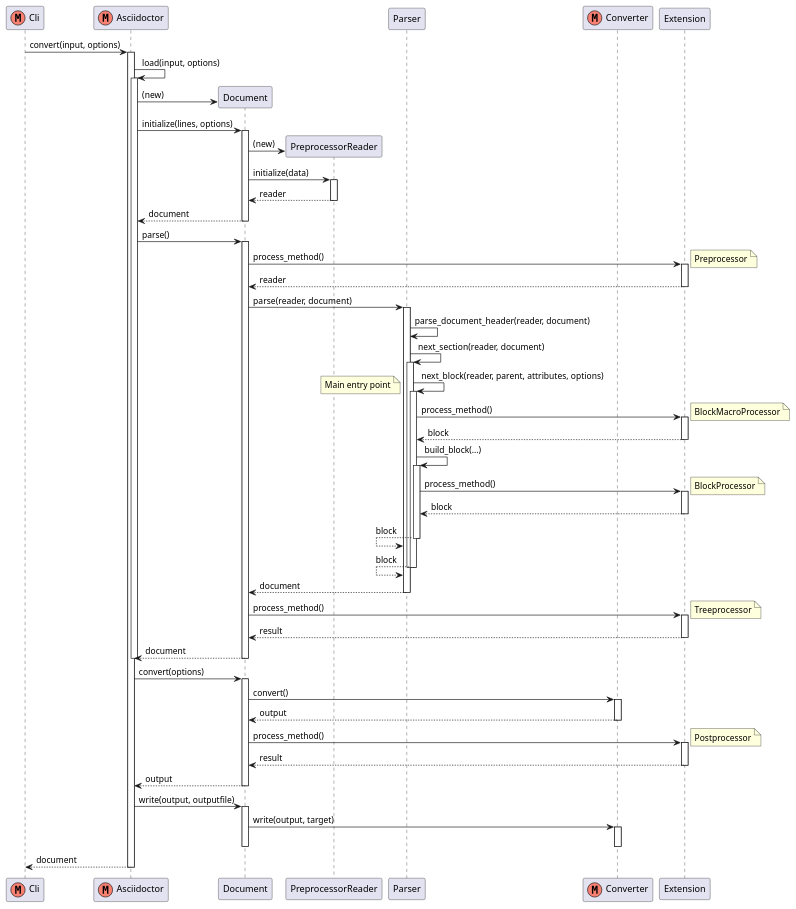
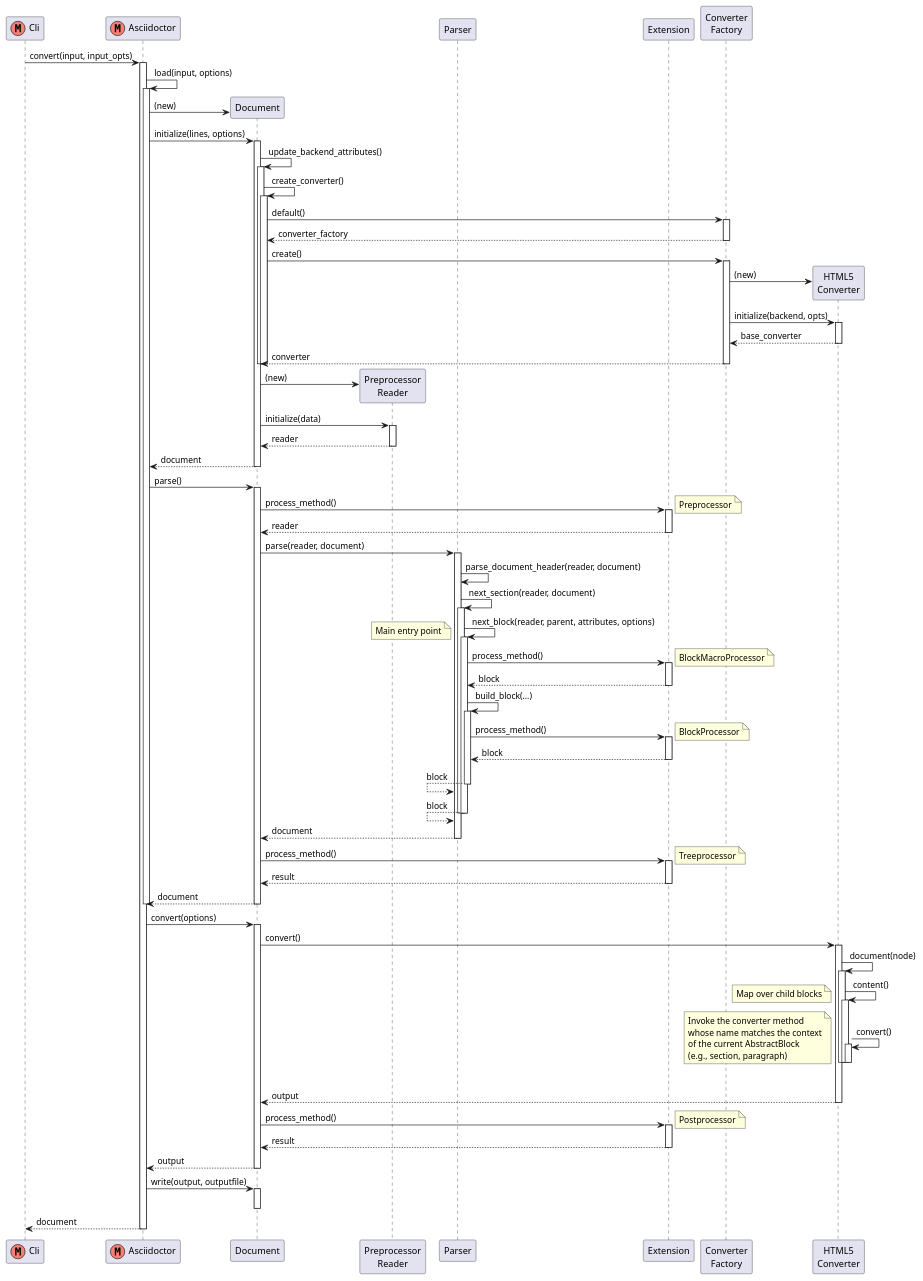
One commit to nurkkala/asciidoctor-thop changed the diagram in thop.adoc. Above: the diagram before and after it, drawn with PlantUML.

Commit message:
Additional clarification of Converter processing.

```diff
--- a/thop.adoc
+++ b/thop.adoc
@@ -189,12 +189,13 @@
 participant Cli << (M, salmon) >>
 participant AD as "Asciidoctor" << (M, salmon) >>
 participant Document
-participant Reader as "PreprocessorReader"
+participant Reader as "Preprocessor\nReader"
 participant Parser
-participant Converter << (M, salmon) >>
 participant Ext as "Extension"
+participant CF as "Converter\nFactory"
+participant H5C as "HTML5\nConverter"
 
-Cli -> AD : convert(input, options)
+Cli -> AD : convert(input, input_opts)
 activate AD
 
     AD -> AD : load(input, options)
@@ -205,6 +206,35 @@
 
         AD -> Document : initialize(lines, options)
         activate Document
+
+            Document -> Document : update_backend_attributes()
+            activate Document
+
+                Document->Document : create_converter()
+                activate Document
+
+                    Document->CF : default()
+                    activate CF
+                    Document<--CF : converter_factory
+                    deactivate CF
+
+                    Document->CF : create()
+                    activate CF
+
+                        create H5C
+                        CF->H5C : (new)
+
+                        CF->H5C : initialize(backend, opts)
+                        activate H5C
+
+                        CF<--H5C : base_converter
+                        deactivate H5C
+
+                    Document<--CF : converter
+                    deactivate CF
+
+                deactivate Document
+            deactivate Document
 
             create Reader
             Document -> Reader : (new)
@@ -279,10 +309,32 @@
     AD -> Document : convert(options)
     activate Document
 
-        Document -> Converter : convert()
-        activate Converter
-        Document <-- Converter : output
-        deactivate Converter
+        Document -> H5C : convert()
+        activate H5C
+
+            H5C -> H5C : document(node)
+            activate H5C
+
+                H5C -> H5C : content()
+                note left : Map over child blocks
+                activate H5C
+
+                    H5C -> H5C : convert()
+                    activate H5C
+                    note left
+                        Invoke the converter method
+                        whose name matches the context
+                        of the current AbstractBlock
+                        (e.g., section, paragraph)
+                    end note
+                    deactivate H5C
+
+                deactivate H5C
+
+            deactivate H5C
+
+        Document <-- H5C : output
+        deactivate H5C
 
         Document -> Ext : process_method()
         note right : Postprocessor
@@ -295,11 +347,6 @@
 
     AD -> Document : write(output, outputfile)
     activate Document
-
-        Document -> Converter: write(output, target)
-        activate Converter
-        deactivate Converter
-
     deactivate Document
 
 Cli <-- AD : document
```
